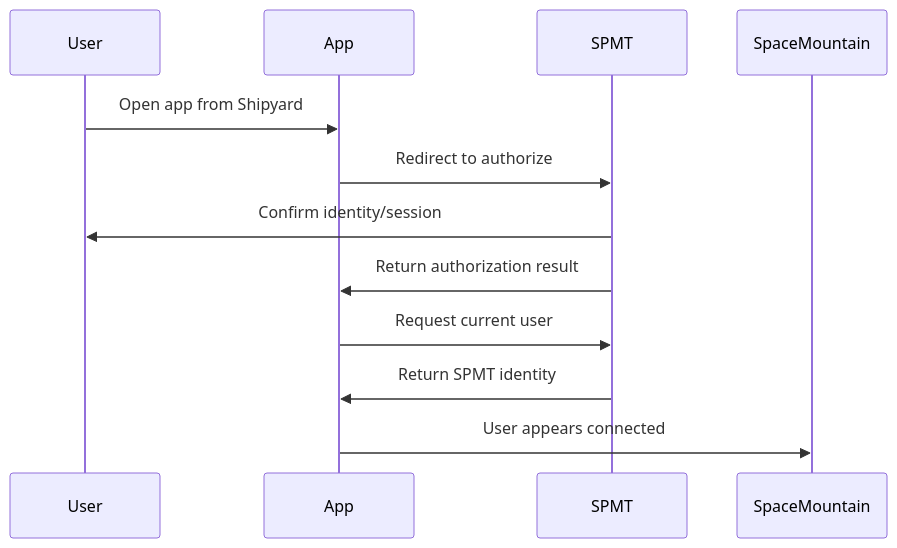
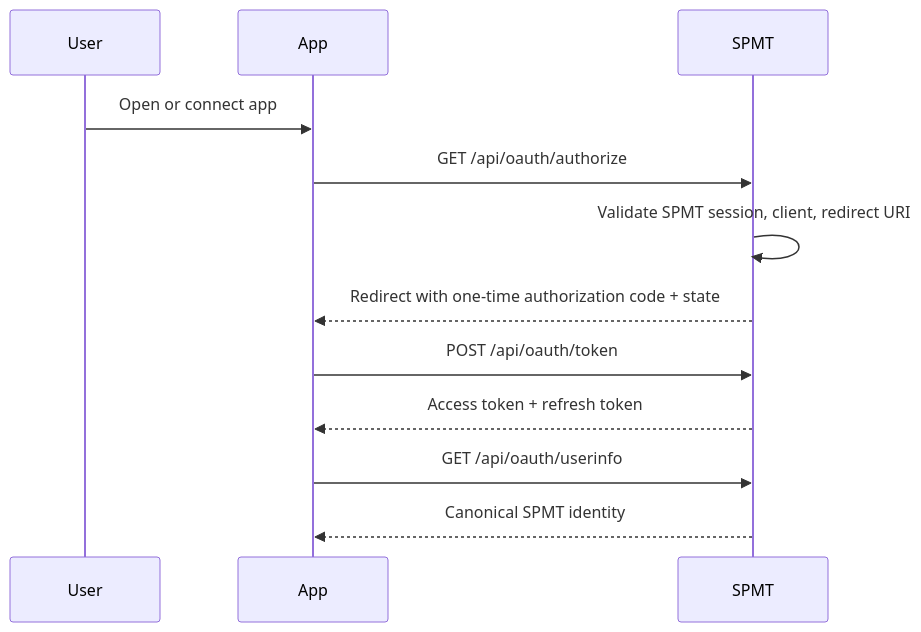
Before and after one commit to Mtman1987/spmt-live: the diagram in docs/developers/OAUTH_FLOW.md, drawn with Mermaid. The commit also changed other lines of this file and 16 other files, not shown here.

````diff
--- a/docs/developers/OAUTH_FLOW.md
+++ b/docs/developers/OAUTH_FLOW.md
@@ -7,15 +7,15 @@
 ```mermaid
 sequenceDiagram
   participant User
   participant App
   participant SPMT
-  participant SpaceMountain
 
-  User->>App: Open app from Shipyard
-  App->>SPMT: Redirect to authorize
-  SPMT->>User: Confirm identity/session
-  SPMT->>App: Return authorization result
-  App->>SPMT: Request current user
-  SPMT->>App: Return SPMT identity
-  App->>SpaceMountain: User appears connected
+  User->>App: Open or connect app
+  App->>SPMT: GET /api/oauth/authorize
+  SPMT->>SPMT: Validate SPMT session, client, redirect URI
+  SPMT-->>App: Redirect with one-time authorization code + state
+  App->>SPMT: POST /api/oauth/token
+  SPMT-->>App: Access token + refresh token
+  App->>SPMT: GET /api/oauth/userinfo
+  SPMT-->>App: Canonical SPMT identity
 ```
````
